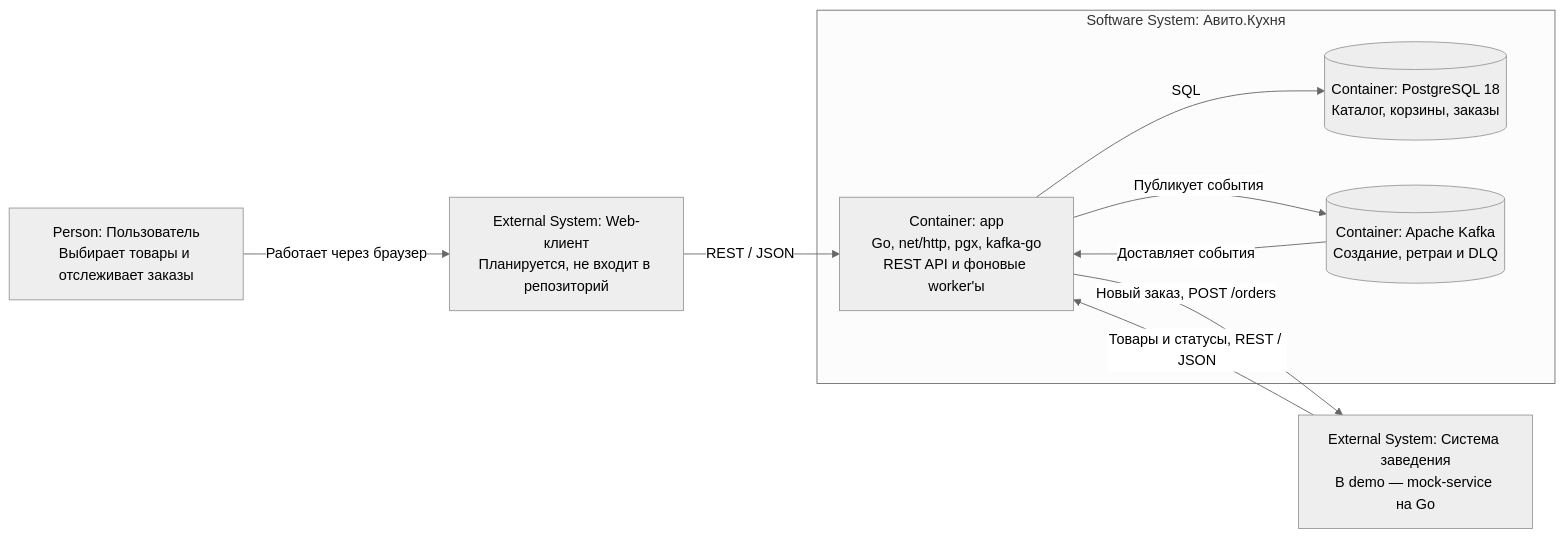
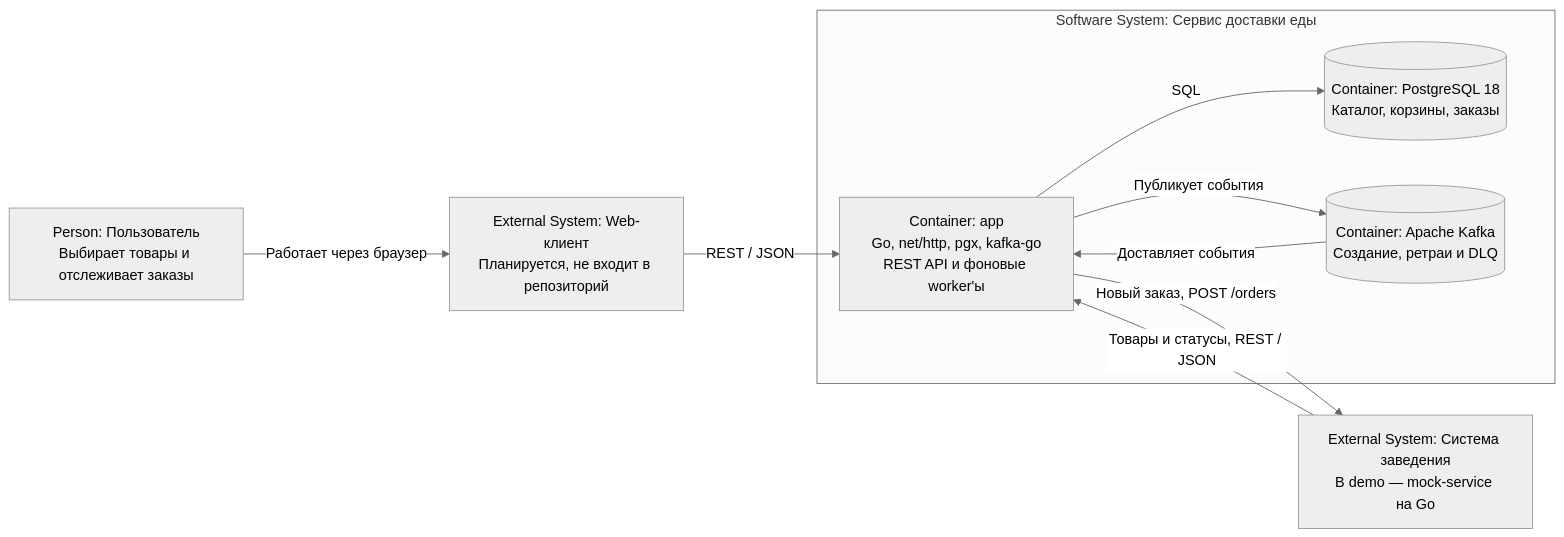
The first of 3 diagrams in README.md (PavlentiyGo/KitchenService), drawn with Mermaid (neutral theme) before and after one commit. The commit also changed other lines of this file and 85 other files, not shown here.

````diff
--- a/README.md
+++ b/README.md
@@ -90,20 +90,20 @@
 ```mermaid
 flowchart LR
     user["Person: Пользователь<br/>Выбирает товары и отслеживает заказы"]
     frontend["External System: Web-клиент<br/>Планируется, не входит в репозиторий"]
     partner["External System: Система заведения<br/>В demo — mock-service на Go"]
 
-    subgraph kitchen["Software System: Авито.Кухня"]
+    subgraph kitchen["Software System: Сервис доставки еды"]
         app["Container: app<br/>Go, net/http, pgx, kafka-go<br/>REST API и фоновые worker'ы"]
         postgres[("Container: PostgreSQL 18<br/>Каталог, корзины, заказы")]
         kafka[("Container: Apache Kafka<br/>Создание, ретраи и DLQ")]
     end
 
     user -->|"Работает через браузер"| frontend
     frontend -->|"REST / JSON"| app
     partner -->|"Товары и статусы, REST / JSON"| app
     app -->|"Новый заказ, POST /orders"| partner
     app -->|"SQL"| postgres
     app -->|"Публикует события"| kafka
     kafka -->|"Доставляет события"| app
 ```
````
